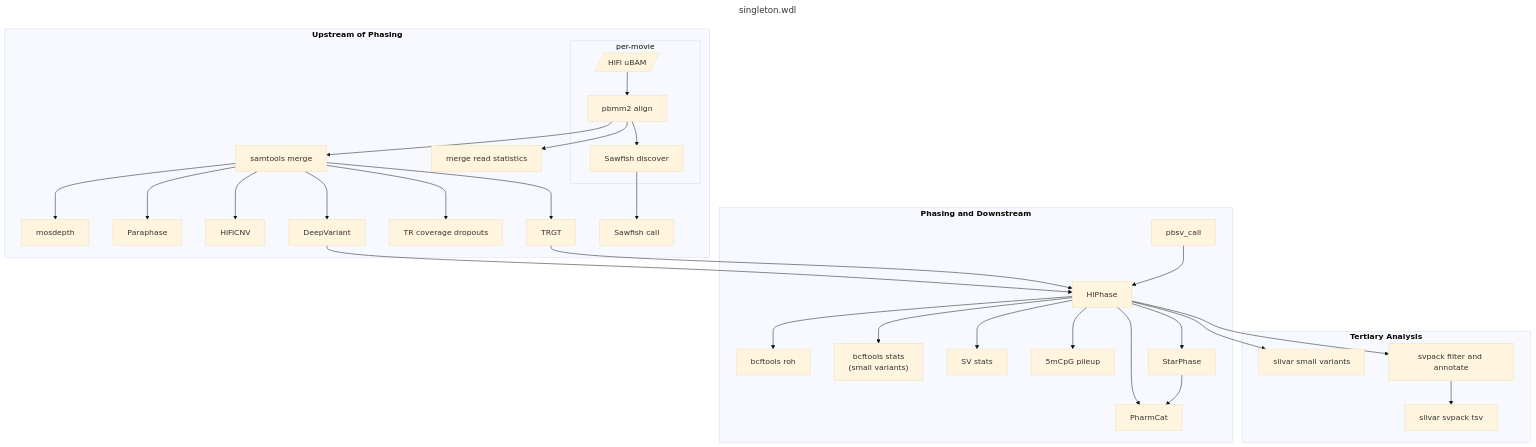
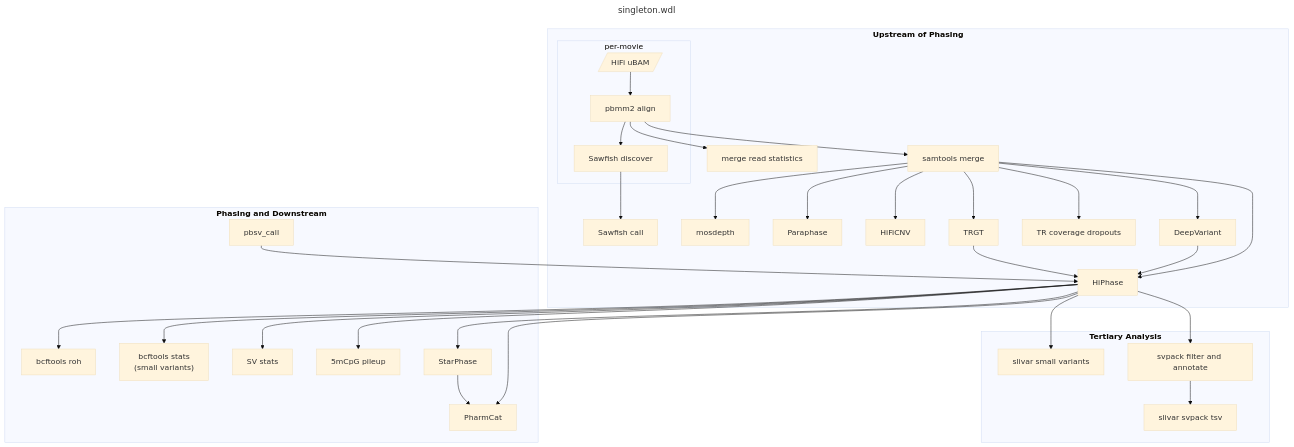
Before and after one commit to PacificBiosciences/HiFi-human-WGS-WDL: the diagram in docs/singleton.md, drawn with Mermaid (base theme). The commit also changed 1 other file, not shown here.

Commit message:
correctly link samtools_merge and hiphase in DAG

````diff
--- a/docs/singleton.md
+++ b/docs/singleton.md
@@ -20,38 +20,39 @@
 ```mermaid
 ---
 title: singleton.wdl
 ---
 flowchart TD
   subgraph "`**Upstream of Phasing**`"
     subgraph "per-movie"
       ubam[/"HiFi uBAM"/] --> pbmm2_align["pbmm2 align"]
       pbmm2_align --> sawfish_discover["Sawfish discover"]
     end
     pbmm2_align --> merge_read_stats["merge read statistics"]
     pbmm2_align --> samtools_merge["samtools merge"]
     samtools_merge --> mosdepth["mosdepth"]
     samtools_merge --> paraphase["Paraphase"]
     samtools_merge --> hificnv["HiFiCNV"]
     samtools_merge --> trgt["TRGT"]
     samtools_merge --> trgt_dropouts["TR coverage dropouts"]
     samtools_merge --> deepvariant["DeepVariant"]
+    samtools_merge --> hiphase["HiPhase"]
     sawfish_discover --> sawfish_call["Sawfish call"]
   end
   subgraph "`**Phasing and Downstream**`"
-    deepvariant --> hiphase["HiPhase"]
+    deepvariant --> hiphase
     trgt --> hiphase
     pbsv_call --> hiphase
     hiphase --> bcftools_roh["bcftools roh"]
     hiphase --> bcftools_stats["bcftools stats\n(small variants)"]
     hiphase --> sv_stats["SV stats"]
     hiphase --> cpg_pileup["5mCpG pileup"]
     hiphase --> starphase["StarPhase"]
     hiphase --> pharmcat["PharmCat"]
     starphase --> pharmcat
   end
   subgraph "`**Tertiary Analysis**`"
     hiphase --> slivar_small_variants["slivar small variants"]
     hiphase --> svpack["svpack filter and annotate"]
     svpack --> slivar_svpack["slivar svpack tsv"]
   end
 ```
````
